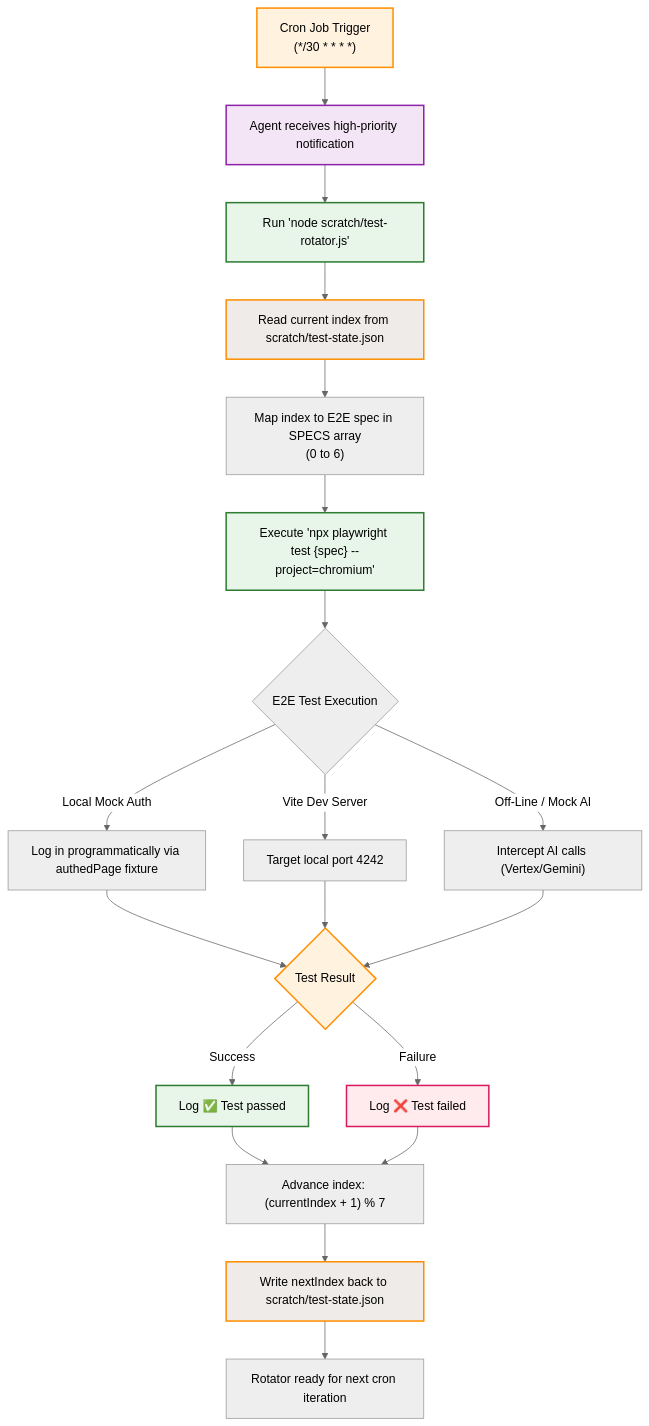
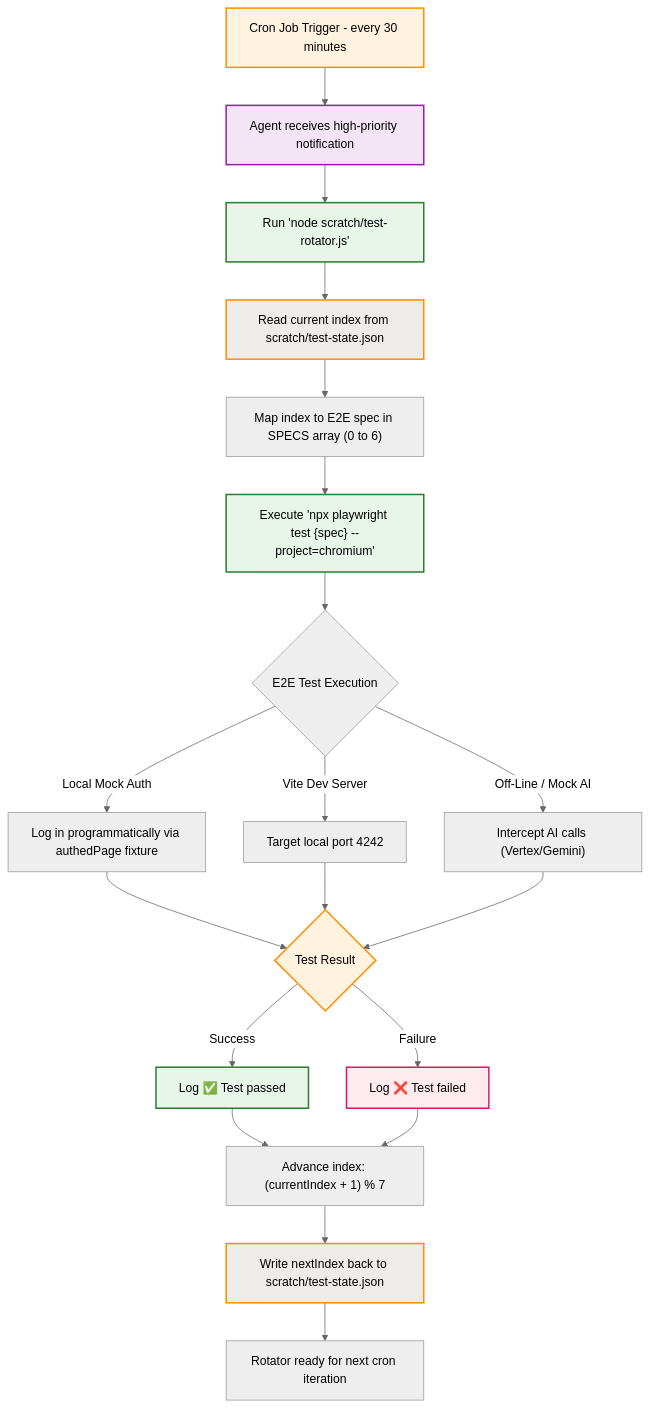
Before and after one commit to indii-music-founder/indii-music-founder: the diagram in docs/flowcharts/pinocchio-media-test-rotator-micro.md, drawn with Mermaid (neutral theme).

Commit message:
docs(flowchart): format flowchart to improve mermaid renderer compatibility

````diff
--- a/docs/flowcharts/pinocchio-media-test-rotator-micro.md
+++ b/docs/flowcharts/pinocchio-media-test-rotator-micro.md
@@ -5,38 +5,38 @@
 ```mermaid
 graph TD
-    CronTrigger["Cron Job Trigger<br>(*/30 * * * *)"] --> PromptAgent["Agent receives high-priority notification"]
+    CronTrigger["Cron Job Trigger - every 30 minutes"] --> PromptAgent["Agent receives high-priority notification"]
     PromptAgent --> ExecRotator["Run 'node scratch/test-rotator.js'"]
     
     ExecRotator --> ReadState["Read current index from scratch/test-state.json"]
-    ReadState --> MapSpec["Map index to E2E spec in SPECS array<br>(0 to 6)"]
+    ReadState --> MapSpec["Map index to E2E spec in SPECS array (0 to 6)"]
     
     MapSpec --> RunPlaywright["Execute 'npx playwright test {spec} --project=chromium'"]
     
     RunPlaywright --> TestExecution{"E2E Test Execution"}
     TestExecution -->|"Local Mock Auth"| AuthPage["Log in programmatically via authedPage fixture"]
     TestExecution -->|"Vite Dev Server"| DevServer["Target local port 4242"]
     TestExecution -->|"Off-Line / Mock AI"| MockAI["Intercept AI calls (Vertex/Gemini)"]
     
     AuthPage --> TestResult{"Test Result"}
     DevServer --> TestResult
     MockAI --> TestResult
     
     TestResult -->|"Success"| LogPass["Log ✅ Test passed"]
     TestResult -->|"Failure"| LogFail["Log ❌ Test failed"]
     
     LogPass --> AdvanceState["Advance index: (currentIndex + 1) % 7"]
     LogFail --> AdvanceState
     
     AdvanceState --> WriteState["Write nextIndex back to scratch/test-state.json"]
     WriteState --> ReadyNext["Rotator ready for next cron iteration"]
 
     style CronTrigger fill:#fff3e0,stroke:#ff8f00,stroke-width:2px
     style PromptAgent fill:#f3e5f5,stroke:#8e24aa,stroke-width:2px
     style ExecRotator fill:#e8f5e9,stroke:#2e7d32,stroke-width:2px
     style ReadState fill:#efebe9,stroke:#ff8f00,stroke-width:2px
     style RunPlaywright fill:#e8f5e9,stroke:#2e7d32,stroke-width:2px
     style TestResult fill:#fff3e0,stroke:#ff8f00,stroke-width:2px
     style LogPass fill:#e8f5e9,stroke:#2e7d32,stroke-width:2px
     style LogFail fill:#ffebee,stroke:#d81b60,stroke-width:2px
     style WriteState fill:#efebe9,stroke:#ff8f00,stroke-width:2px
 ```
````
